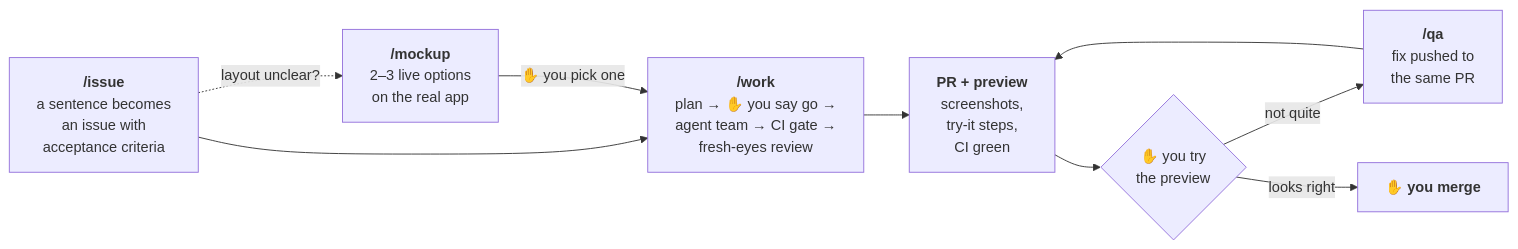
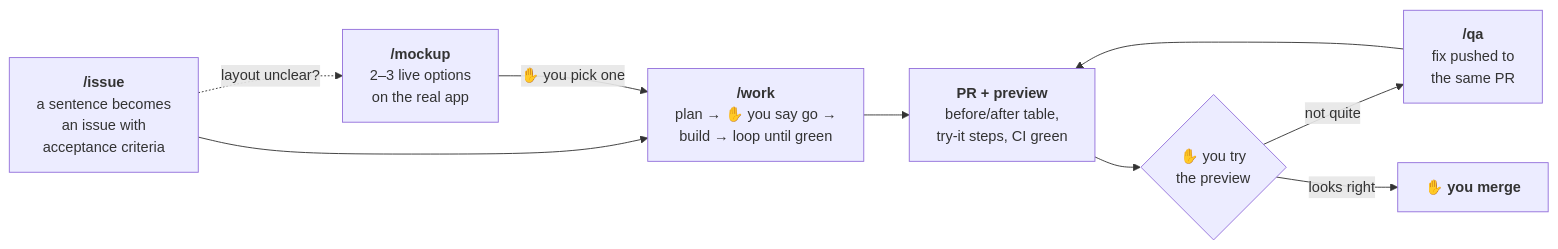
The diagram in README.md (adamjanes/claude-code-starter), drawn with Mermaid before and after one commit. The commit also changed other lines of this file and 35 other files, not shown here.

First line of the commit message:
Make the loop, the checks and the before/after table explicit

````diff
--- a/README.md
+++ b/README.md
@@ -12,11 +11,11 @@
 ```mermaid
 flowchart LR
   I["<b>/issue</b><br/>a sentence becomes<br/>an issue with<br/>acceptance criteria"] --> W
   I -.->|layout unclear?| M["<b>/mockup</b><br/>2–3 live options<br/>on the real app"]
   M -->|✋ you pick one| W
-  W["<b>/work</b><br/>plan → ✋ you say go →<br/>agent team → CI gate →<br/>fresh-eyes review"] --> P["<b>PR + preview</b><br/>screenshots,<br/>try-it steps,<br/>CI green"]
+  W["<b>/work</b><br/>plan → ✋ you say go →<br/>build → loop until green"] --> P["<b>PR + preview</b><br/>before/after table,<br/>try-it steps, CI green"]
   P --> T{"✋ you try<br/>the preview"}
   T -->|not quite| Q["<b>/qa</b><br/>fix pushed to<br/>the same PR"]
   Q --> P
   T -->|looks right| X["✋ <b>you merge</b>"]
 ```
````
